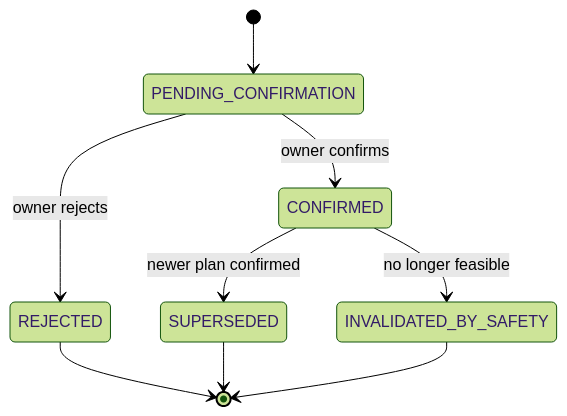
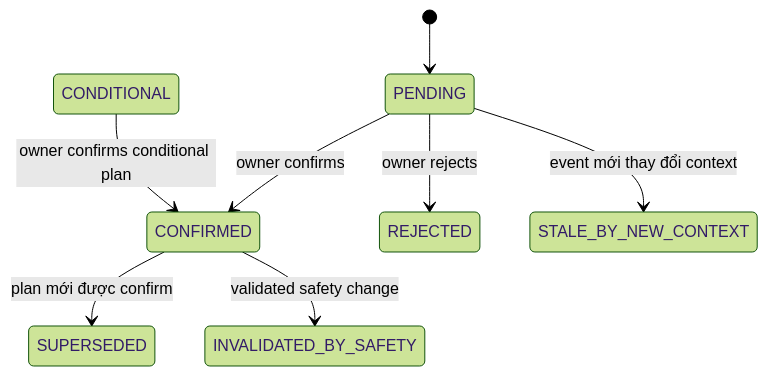
The fourth of 5 diagrams in docs/TECHNICAL_ARCHITECTURE_AI_EV_AGENT_v3.1.md (hoangnph951/Deploy_EV), drawn with Mermaid (forest theme) before and after one commit. The commit also changed other lines of this file and 106 other files, not shown here.

````diff
--- a/docs/TECHNICAL_ARCHITECTURE_AI_EV_AGENT_v3.1.md
+++ b/docs/TECHNICAL_ARCHITECTURE_AI_EV_AGENT_v3.1.md
@@ -835,11 +194,10 @@
 ```mermaid
 stateDiagram-v2
-    [*] --> PENDING_CONFIRMATION
-    PENDING_CONFIRMATION --> CONFIRMED: owner confirms
-    PENDING_CONFIRMATION --> REJECTED: owner rejects
-    CONFIRMED --> SUPERSEDED: newer plan confirmed
-    CONFIRMED --> INVALIDATED_BY_SAFETY: no longer feasible
-    REJECTED --> [*]
-    SUPERSEDED --> [*]
-    INVALIDATED_BY_SAFETY --> [*]
+    [*] --> PENDING
+    PENDING --> CONFIRMED: owner confirms
+    PENDING --> REJECTED: owner rejects
+    PENDING --> STALE_BY_NEW_CONTEXT: event mới thay đổi context
+    CONDITIONAL --> CONFIRMED: owner confirms conditional plan
+    CONFIRMED --> SUPERSEDED: plan mới được confirm
+    CONFIRMED --> INVALIDATED_BY_SAFETY: validated safety change
 ```
````
